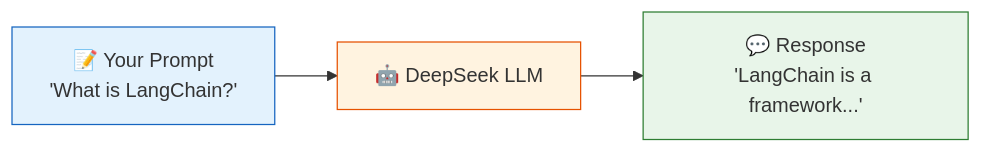
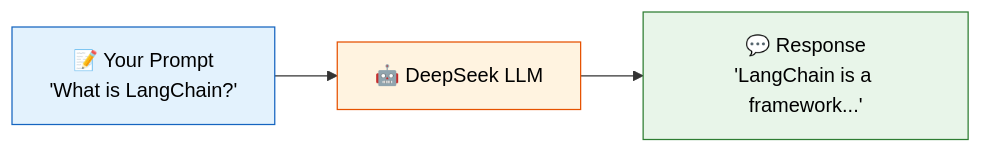
The first of 4 diagrams in 01_hello_llm/README.md (remolaan/Agentic-AI-Cookbook), drawn with Mermaid before and after one commit. The commit also changed other lines of this file and 45 other files, not shown here.

Commit message:
Fix Mermaid diagram text colors for readability across all READMEs

````diff
--- a/01_hello_llm/README.md
+++ b/01_hello_llm/README.md
@@ -7,7 +7,7 @@
 ```mermaid
 flowchart LR
     P["📝 Your Prompt<br/>'What is LangChain?'"] --> M["🤖 DeepSeek LLM"] --> R["💬 Response<br/>'LangChain is a framework...'"]
-    style P fill:#e3f2fd,stroke:#1565c0
-    style M fill:#fff3e0,stroke:#e65100
-    style R fill:#e8f5e9,stroke:#2e7d32
+    style P fill:#e3f2fd,stroke:#1565c0,color:#000000
+    style M fill:#fff3e0,stroke:#e65100,color:#000000
+    style R fill:#e8f5e9,stroke:#2e7d32,color:#000000
 ```
````
